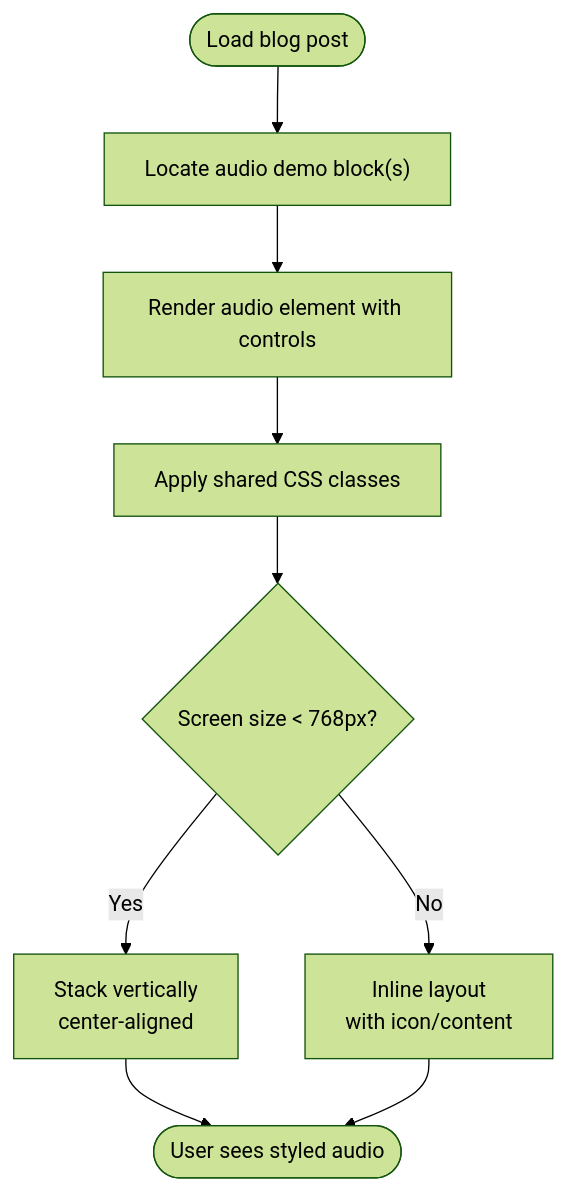
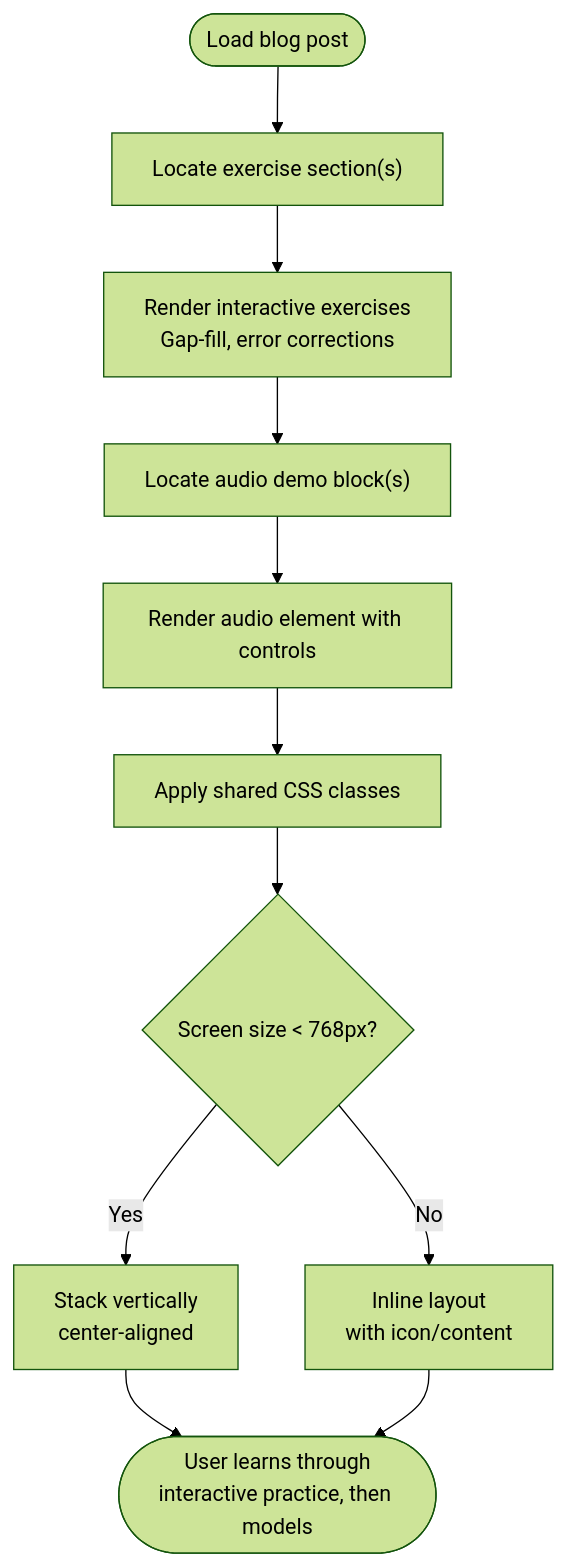
The fourth of 7 diagrams in .qoder/repowiki/en/content/Core Features/Audio Pronunciation System.md (lynchip/graduates), drawn with Mermaid (forest theme) before and after one commit. The commit also changed other lines of this file and 12 other files, not shown here.

````diff
--- a/.qoder/repowiki/en/content/Core Features/Audio Pronunciation System.md
+++ b/.qoder/repowiki/en/content/Core Features/Audio Pronunciation System.md
@@ -161,11 +201,13 @@
 ```mermaid
 flowchart TD
-Start(["Load blog post"]) --> FindBlock["Locate audio demo block(s)"]
-FindBlock --> RenderAudio["Render audio element with controls"]
+Start(["Load blog post"]) --> FindExercise["Locate exercise section(s)"]
+FindExercise --> RenderExercise["Render interactive exercises<br/>Gap-fill, error corrections"]
+RenderExercise --> FindAudio["Locate audio demo block(s)"]
+FindAudio --> RenderAudio["Render audio element with controls"]
 RenderAudio --> ApplyStyles["Apply shared CSS classes"]
 ApplyStyles --> ResponsiveCheck{"Screen size < 768px?"}
 ResponsiveCheck --> |Yes| StackLayout["Stack vertically<br/>center-aligned"]
 ResponsiveCheck --> |No| InlineLayout["Inline layout<br/>with icon/content"]
-StackLayout --> End(["User sees styled audio"])
+StackLayout --> End(["User learns through<br/>interactive practice, then models"])
 InlineLayout --> End
 ```
````
